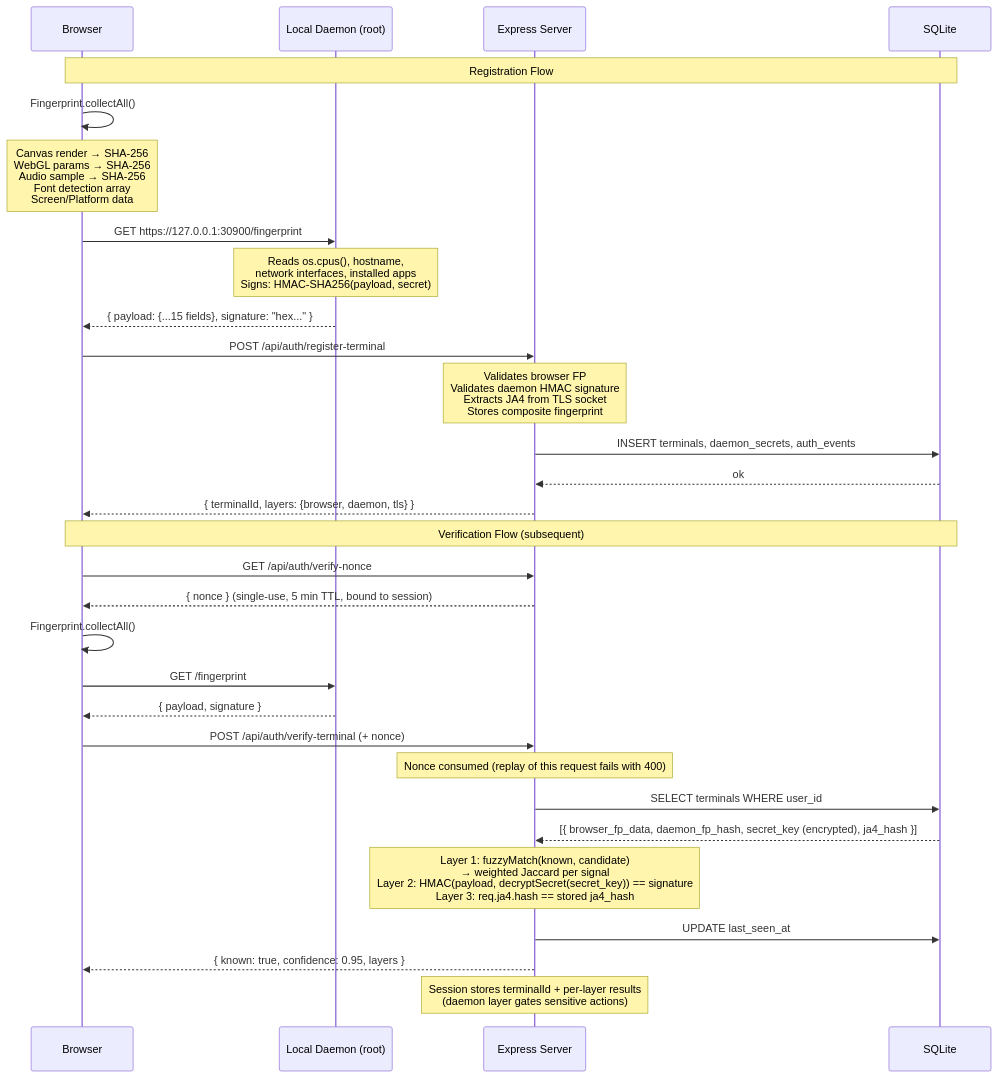
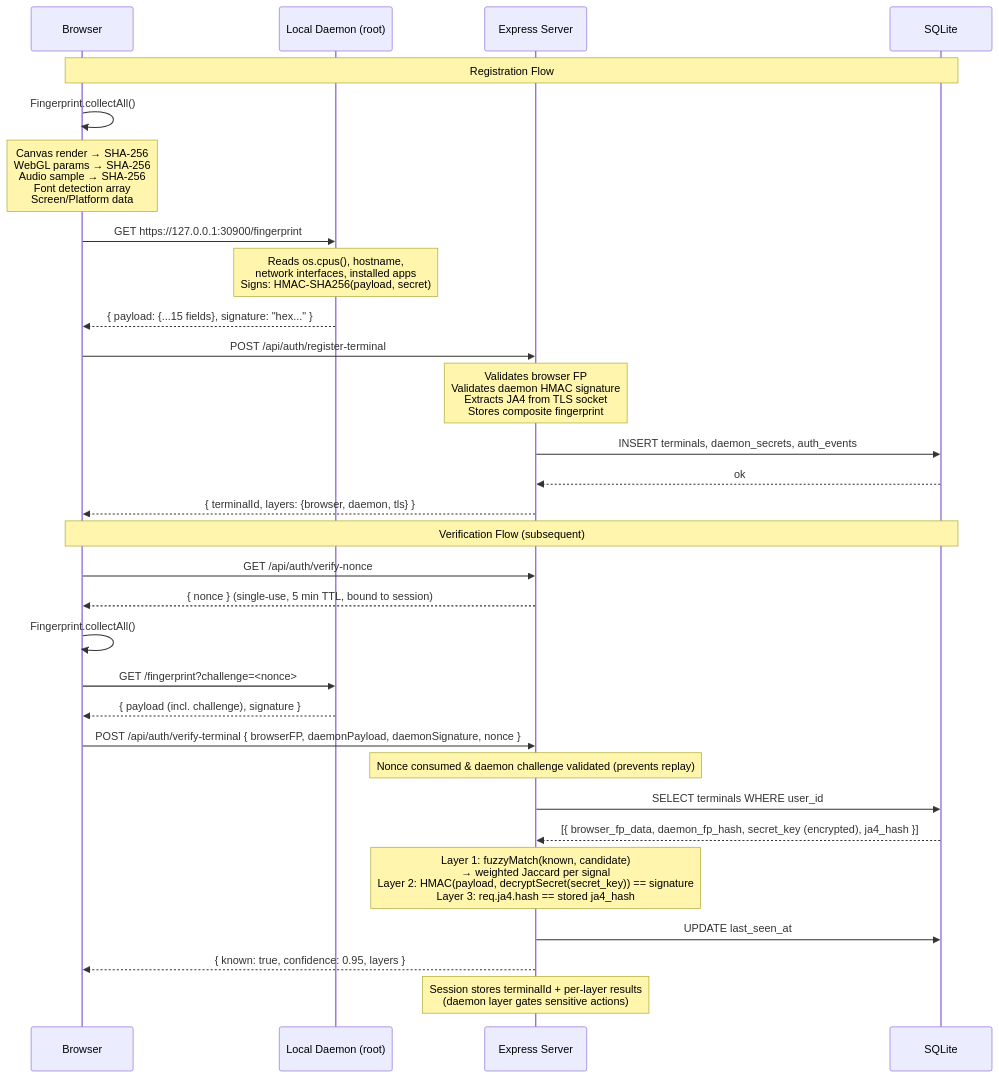
Before and after one commit to andermoreira/dna: the first of 5 diagrams in docs/architecture.md, drawn with Mermaid. The commit also changed 12 other files, not shown here.

First line of the commit message:
fix(security): harden authentication, implement daemon challenge-response, and optimize performance

````diff
--- a/docs/architecture.md
+++ b/docs/architecture.md
@@ -44,45 +44,45 @@
 ```mermaid
 sequenceDiagram
     participant Browser
     participant Daemon as Local Daemon (root)
     participant Express as Express Server
     participant DB as SQLite
 
     Note over Browser,DB: Registration Flow
 
     Browser->>Browser: Fingerprint.collectAll()
     Note over Browser: Canvas render → SHA-256<br/>WebGL params → SHA-256<br/>Audio sample → SHA-256<br/>Font detection array<br/>Screen/Platform data
 
     Browser->>Daemon: GET https://127.0.0.1:30900/fingerprint
     Note over Daemon: Reads os.cpus(), hostname,<br/>network interfaces, installed apps<br/>Signs: HMAC-SHA256(payload, secret)
 
     Daemon-->>Browser: { payload: {...15 fields}, signature: "hex..." }
 
     Browser->>Express: POST /api/auth/register-terminal
     Note over Express: Validates browser FP<br/>Validates daemon HMAC signature<br/>Extracts JA4 from TLS socket<br/>Stores composite fingerprint
 
     Express->>DB: INSERT terminals, daemon_secrets, auth_events
     DB-->>Express: ok
     Express-->>Browser: { terminalId, layers: {browser, daemon, tls} }
 
     Note over Browser,DB: Verification Flow (subsequent)
 
     Browser->>Express: GET /api/auth/verify-nonce
     Express-->>Browser: { nonce } (single-use, 5 min TTL, bound to session)
 
     Browser->>Browser: Fingerprint.collectAll()
-    Browser->>Daemon: GET /fingerprint
-    Daemon-->>Browser: { payload, signature }
-    Browser->>Express: POST /api/auth/verify-terminal (+ nonce)
+    Browser->>Daemon: GET /fingerprint?challenge=<nonce>
+    Daemon-->>Browser: { payload (incl. challenge), signature }
+    Browser->>Express: POST /api/auth/verify-terminal { browserFP, daemonPayload, daemonSignature, nonce }
 
-    Note over Express: Nonce consumed (replay of this request fails with 400)
+    Note over Express: Nonce consumed & daemon challenge validated (prevents replay)
 
     Express->>DB: SELECT terminals WHERE user_id
     DB-->>Express: [{ browser_fp_data, daemon_fp_hash, secret_key (encrypted), ja4_hash }]
 
     Note over Express: Layer 1: fuzzyMatch(known, candidate)<br/>→ weighted Jaccard per signal<br/>Layer 2: HMAC(payload, decryptSecret(secret_key)) == signature<br/>Layer 3: req.ja4.hash == stored ja4_hash
 
     Express->>DB: UPDATE last_seen_at
     Express-->>Browser: { known: true, confidence: 0.95, layers }
     Note over Express: Session stores terminalId + per-layer results<br/>(daemon layer gates sensitive actions)
 ```
````
